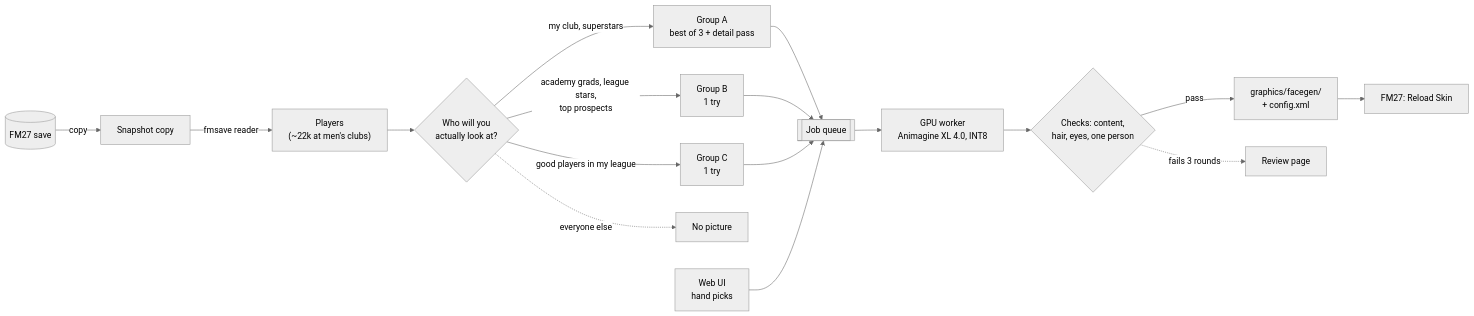
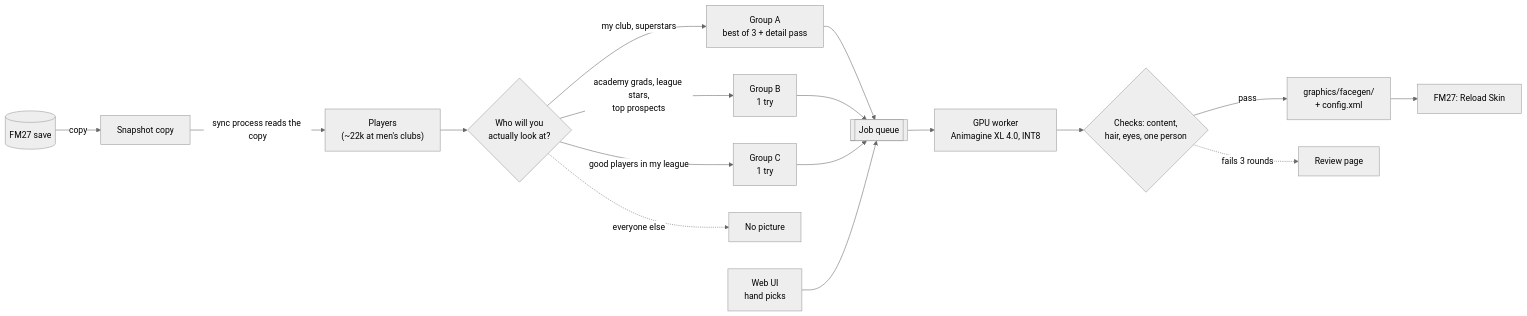
Before and after one commit to junepaykim/face-generator: the first of 2 diagrams in README.md, drawn with Mermaid (neutral theme). The commit also changed other lines of this file and 2 other files, not shown here.

````diff
--- a/README.md
+++ b/README.md
@@ -130,19 +60,19 @@
 ```mermaid
 flowchart LR
     save[("FM27 save")] -->|"copy"| snap["Snapshot copy"]
-    snap -->|"fmsave reader"| players["Players<br/>(~22k at men's clubs)"]
+    snap -->|"sync process reads the copy"| players["Players<br/>(~22k at men's clubs)"]
     players --> who{"Who will you<br/>actually look at?"}
     who -->|"my club, superstars"| A["Group A<br/>best of 3 + detail pass"]
     who -->|"academy grads, league stars,<br/>top prospects"| B["Group B<br/>1 try"]
     who -->|"good players in my league"| C["Group C<br/>1 try"]
     who -.->|"everyone else"| skip["No picture"]
     A --> queue[["Job queue"]]
     B --> queue
     C --> queue
     ui["Web UI<br/>hand picks"] --> queue
     queue --> gpu["GPU worker<br/>Animagine XL 4.0, INT8"]
     gpu --> check{"Checks: content,<br/>hair, eyes, one person"}
     check -->|"pass"| pub["graphics/facegen/<br/>+ config.xml"]
     check -.->|"fails 3 rounds"| review["Review page"]
     pub --> fm["FM27: Reload Skin"]
 ```
````
